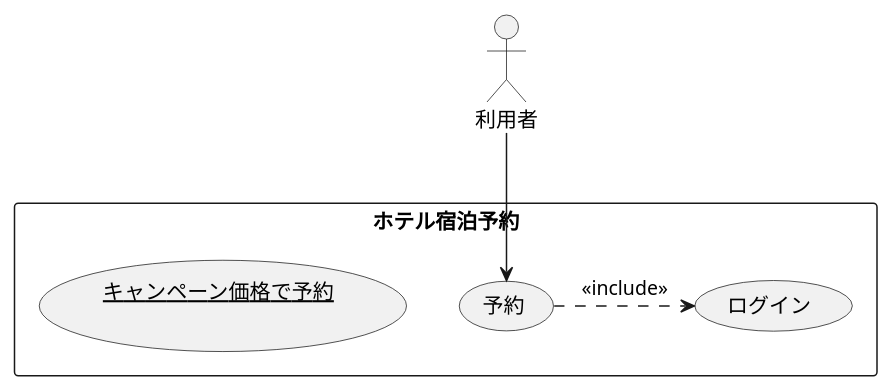
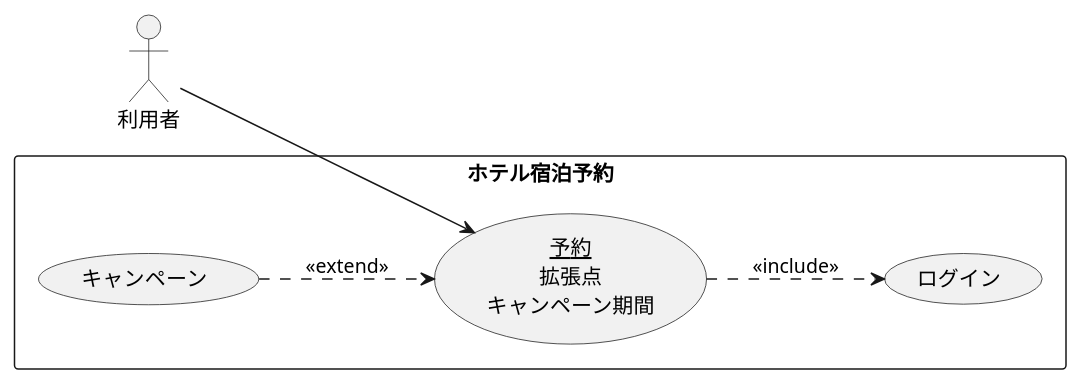
The diagram in 演習2-4_キャンペーン中のホテル宿泊予約.pu (yoshidasen/uml-introduction), drawn with PlantUML before and after one commit.

Commit message:
演習2-4

```diff
--- a/演習2-4_キャンペーン中のホテル宿泊予約.pu
+++ b/演習2-4_キャンペーン中のホテル宿泊予約.pu
@@ -1,12 +1,14 @@
 @startuml 演習2-4
+    left to right direction
     actor 利用者
     rectangle ホテル宿泊予約 {
-        usecase 予約
+        usecase キャンペーン
+        usecase (<u>予約</u>\n拡張点\nキャンペーン期間) as U
         usecase ログイン
-        usecase (<u>キャンペーン価格で予約</u>\n)
     }
 
-    利用者-->予約
-    予約 .> ログイン : <<include>>
+    利用者 -down-> U 
+    キャンペーン ..> U : <<extend>>
+    U ..> ログイン : <<include>>
 
 @enduml
```
